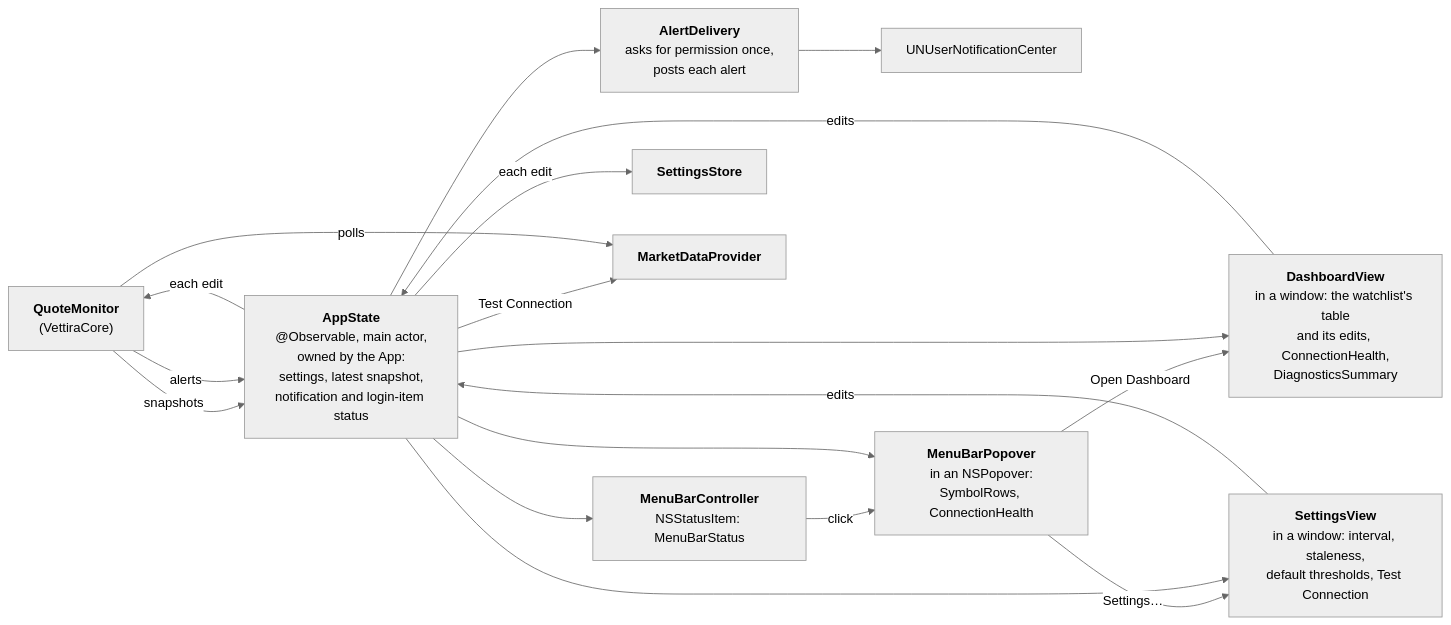
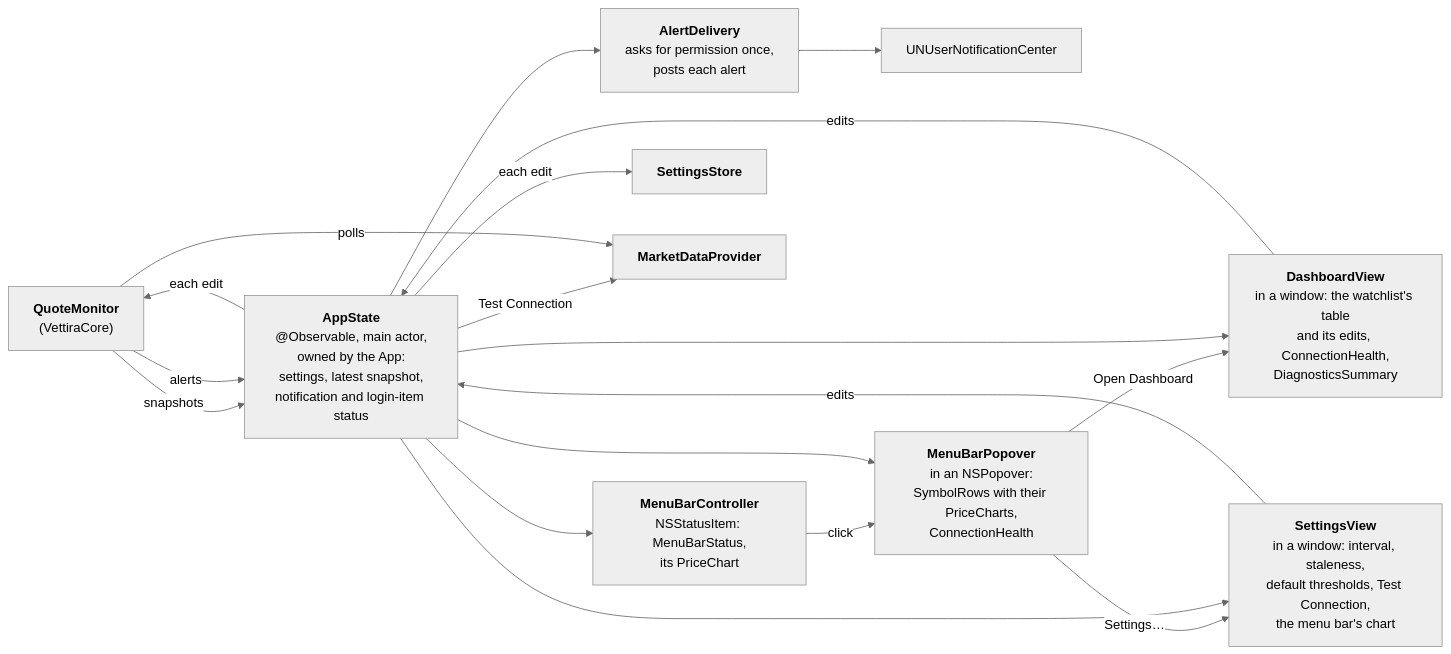
Before and after one commit to nikpietanze/vettira: the second of 5 diagrams in docs/architecture.md, drawn with Mermaid (neutral theme). The commit also changed other lines of this file and 24 other files, not shown here.

Commit message:
Show today's price chart in the menu bar

````diff
--- a/docs/architecture.md
+++ b/docs/architecture.md
@@ -51,29 +51,29 @@
 ```mermaid
 flowchart LR
     monitor["<b>QuoteMonitor</b><br/>(VettiraCore)"]
     state["<b>AppState</b><br/>@Observable, main actor,<br/>owned by the App:<br/>settings, latest snapshot,<br/>notification and login-item status"]
     delivery["<b>AlertDelivery</b><br/>asks for permission once,<br/>posts each alert"]
     center["UNUserNotificationCenter"]
-    controller["<b>MenuBarController</b><br/>NSStatusItem: MenuBarStatus"]
-    popover["<b>MenuBarPopover</b><br/>in an NSPopover:<br/>SymbolRows, ConnectionHealth"]
+    controller["<b>MenuBarController</b><br/>NSStatusItem: MenuBarStatus,<br/>its PriceChart"]
+    popover["<b>MenuBarPopover</b><br/>in an NSPopover:<br/>SymbolRows with their PriceCharts,<br/>ConnectionHealth"]
     dashboard["<b>DashboardView</b><br/>in a window: the watchlist's table<br/>and its edits, ConnectionHealth,<br/>DiagnosticsSummary"]
-    settingsView["<b>SettingsView</b><br/>in a window: interval, staleness,<br/>default thresholds, Test Connection"]
+    settingsView["<b>SettingsView</b><br/>in a window: interval, staleness,<br/>default thresholds, Test Connection,<br/>the menu bar's chart"]
     store["<b>SettingsStore</b>"]
     provider["<b>MarketDataProvider</b>"]
     monitor -- snapshots --> state
     monitor -- alerts --> state
     state --> delivery --> center
     state --> controller
     controller -- click --> popover
     popover -- Open Dashboard --> dashboard
     popover -- Settings… --> settingsView
     state --> popover
     state --> dashboard
     state --> settingsView
     dashboard -- edits --> state
     settingsView -- edits --> state
     state -- each edit --> store
     state -- each edit --> monitor
     state -- Test Connection --> provider
     monitor -- polls --> provider
 ```
````
